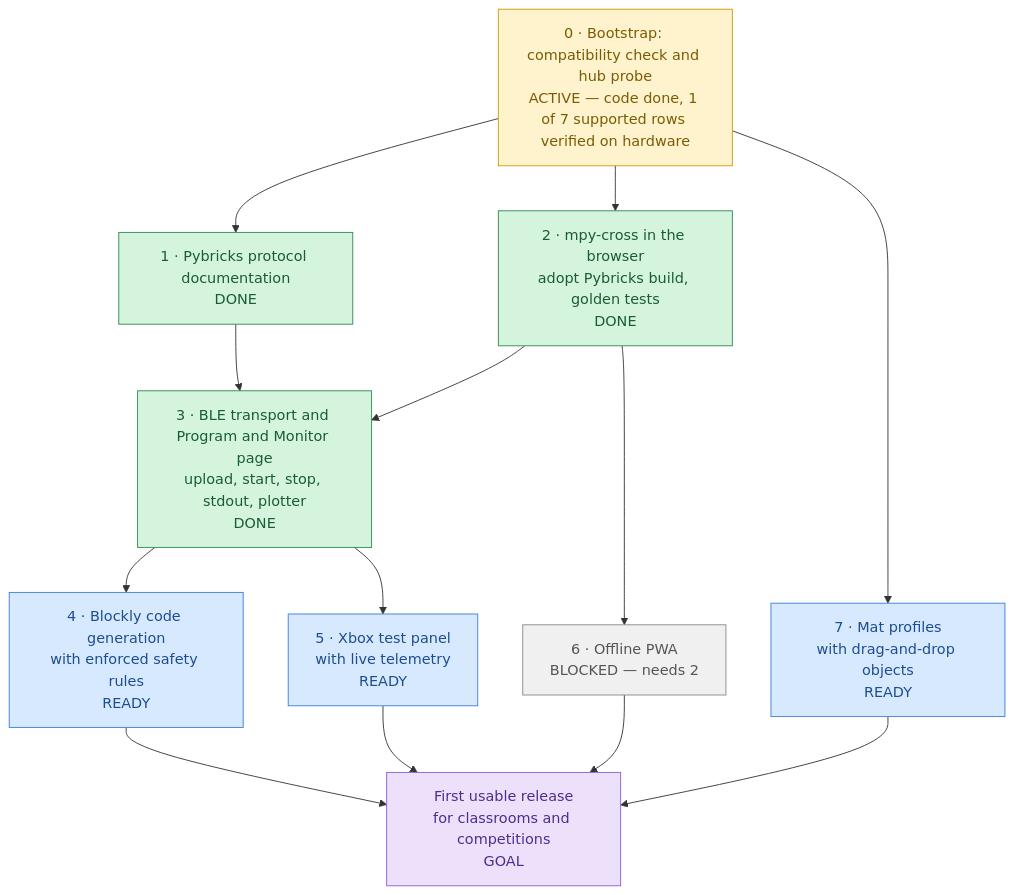
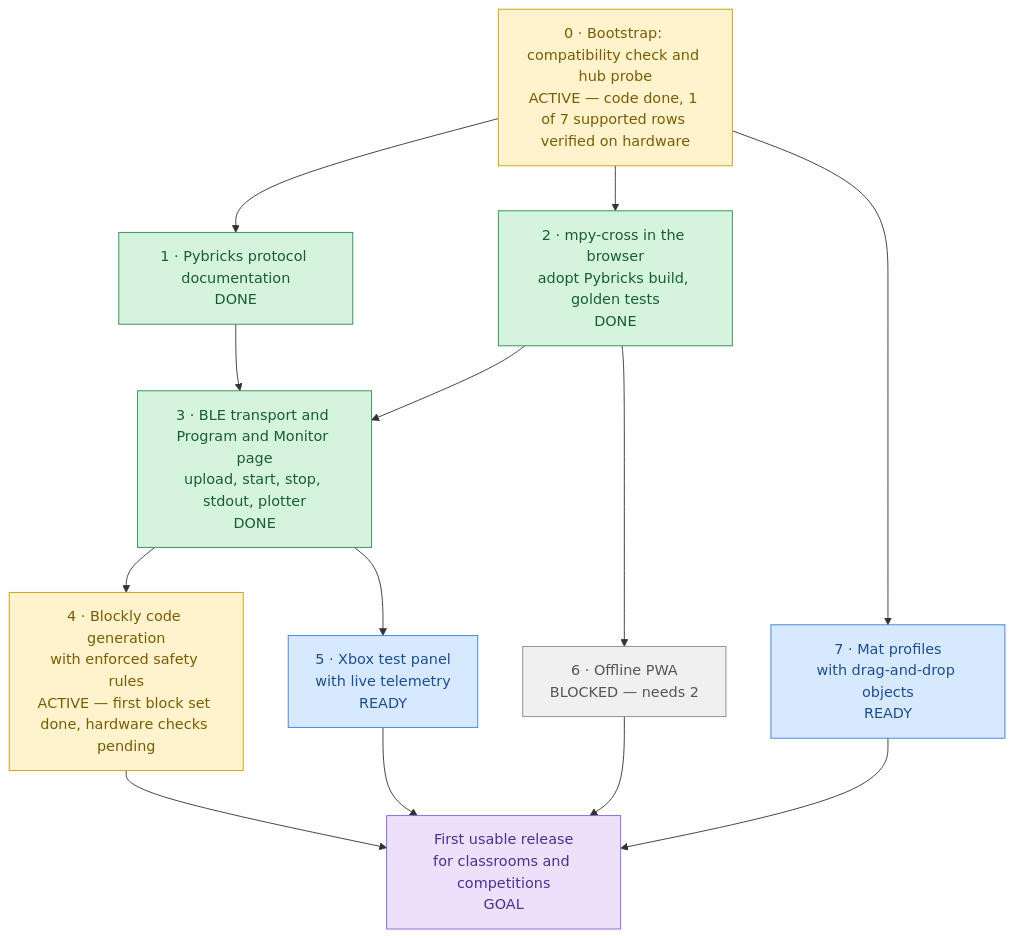
The diagram in docs/roadmap.md (lumduan/matpilot), drawn with Mermaid before and after one commit. The commit also changed other lines of this file and 6 other files, not shown here.

First line of the commit message:
docs: ADR 0008 for the block editor; roadmap, checks and notices

````diff
--- a/docs/roadmap.md
+++ b/docs/roadmap.md
@@ -10,37 +10,37 @@
 ```mermaid
 flowchart TD
     M0["0 · Bootstrap: compatibility check and hub probe<br/>ACTIVE — code done, 1 of 7 supported rows verified on hardware"]
     M1["1 · Pybricks protocol documentation<br/>DONE"]
     M2["2 · mpy-cross in the browser<br/>adopt Pybricks build, golden tests<br/>DONE"]
     M3["3 · BLE transport and Program and Monitor page<br/>upload, start, stop, stdout, plotter<br/>DONE"]
-    M4["4 · Blockly code generation<br/>with enforced safety rules<br/>READY"]
+    M4["4 · Blockly code generation<br/>with enforced safety rules<br/>ACTIVE — first block set done, hardware checks pending"]
     M5["5 · Xbox test panel<br/>with live telemetry<br/>READY"]
     M6["6 · Offline PWA<br/>BLOCKED — needs 2"]
     M7["7 · Mat profiles<br/>with drag-and-drop objects<br/>READY"]
     GOAL["First usable release<br/>for classrooms and competitions<br/>GOAL"]
 
     M0 --> M1
     M0 --> M2
     M0 --> M7
     M1 --> M3
     M2 --> M3
     M3 --> M4
     M3 --> M5
     M2 --> M6
     M4 --> GOAL
     M5 --> GOAL
     M6 --> GOAL
     M7 --> GOAL
 
     classDef done     fill:#d4f4dd,stroke:#2d8a4e,color:#1a5c33
     classDef active   fill:#fff3cd,stroke:#cc9a06,color:#7a5c04
     classDef ready    fill:#d6e9ff,stroke:#3b7dd8,color:#1e4d8f
     classDef blocked  fill:#f0f0f0,stroke:#888,color:#555
     classDef goal     fill:#ede0fb,stroke:#8a5cd8,color:#4d2e8f
 
-    class M0 active
+    class M0,M4 active
     class M1,M2,M3 done
-    class M4,M5,M7 ready
+    class M5,M7 ready
     class M6 blocked
     class GOAL goal
 ```
````
